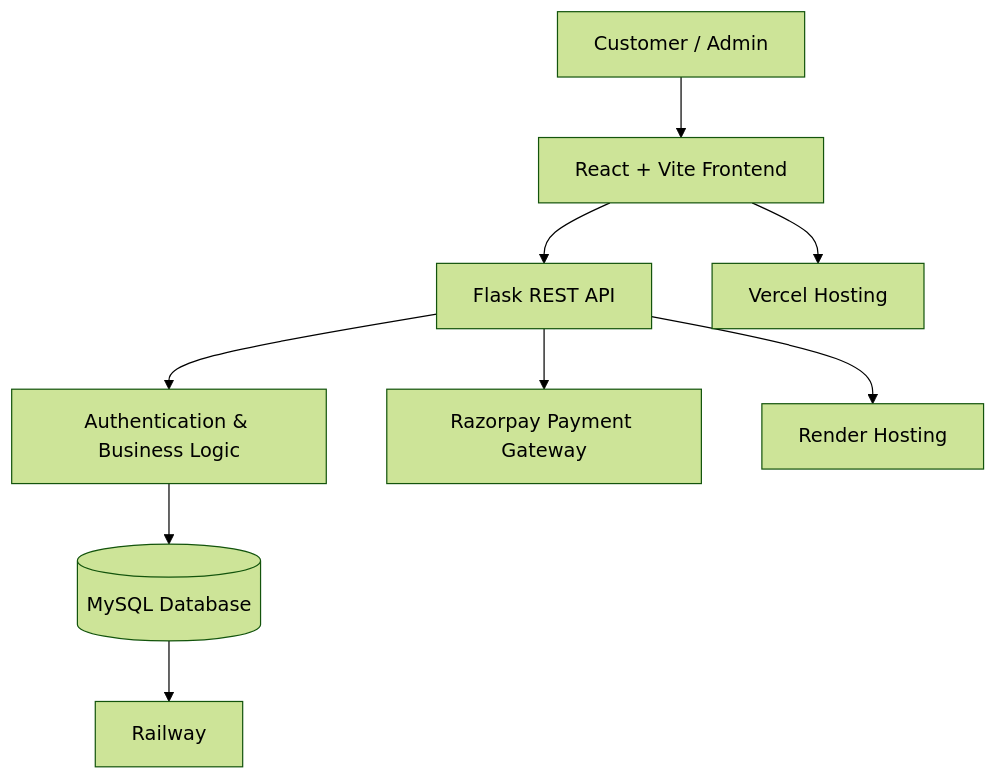
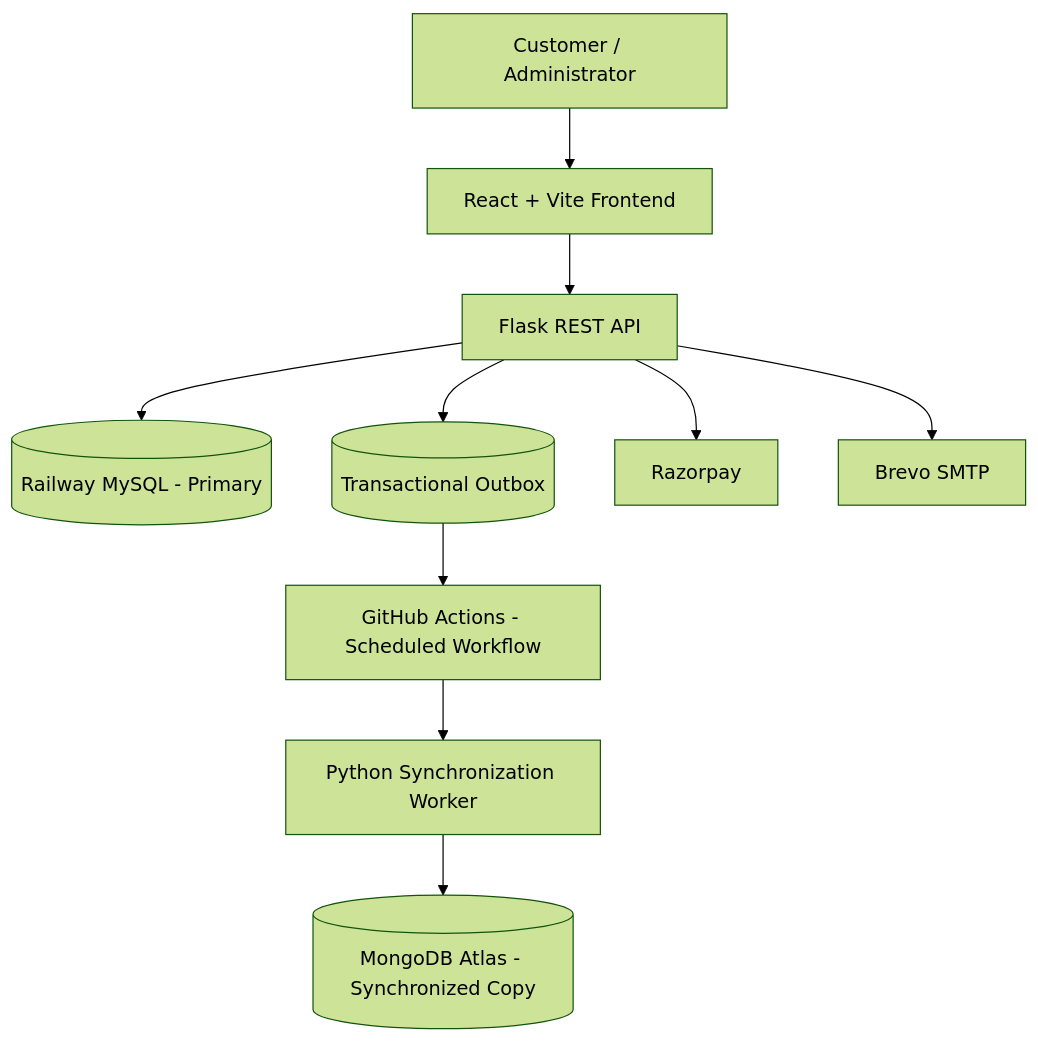
The first of 2 diagrams in README.md (Abinayaa1006/CraveLane), drawn with Mermaid (forest theme) before and after one commit. The commit also changed other lines of this file, not shown here.

First line of the commit message:
Revise README for dual-database and synchronization details

````diff
--- a/README.md
+++ b/README.md
@@ -87,11 +135,12 @@
 ```mermaid
 flowchart TD
-    A[Customer / Admin] --> B[React + Vite Frontend]
-    B --> C[Flask REST API]
-    C --> D[Authentication & Business Logic]
-    D --> E[(MySQL Database)]
-    C --> F[Razorpay Payment Gateway]
-    E --> G[Railway]
-    B --> H[Vercel Hosting]
-    C --> I[Render Hosting]
+    U[Customer / Administrator] --> FE[React + Vite Frontend]
+    FE --> API[Flask REST API]
+    API --> MYSQL[(Railway MySQL - Primary)]
+    API --> OUTBOX[(Transactional Outbox)]
+    OUTBOX --> GH[GitHub Actions - Scheduled Workflow]
+    GH --> WORKER[Python Synchronization Worker]
+    WORKER --> MONGO[(MongoDB Atlas - Synchronized Copy)]
+    API --> PAY[Razorpay]
+    API --> MAIL[Brevo SMTP]
 ```
````
